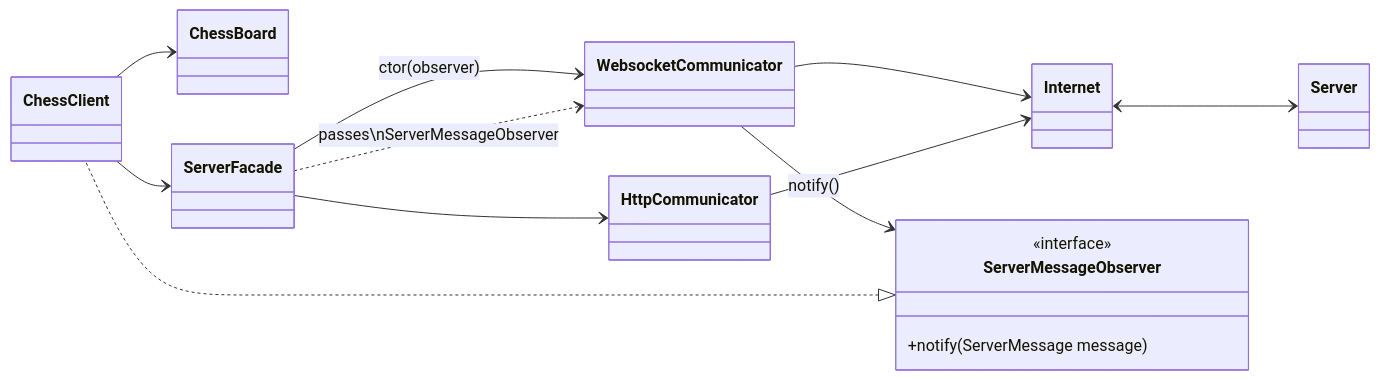
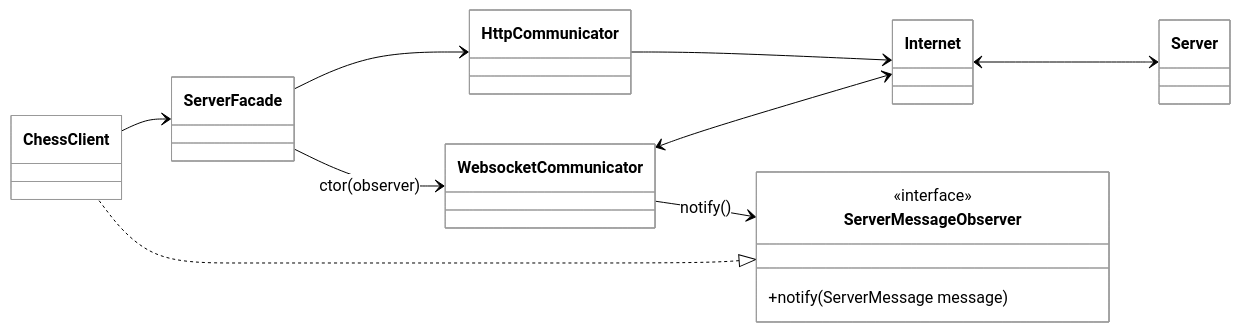
Before and after one commit to byucsstudent/cs240v2: the first of 4 diagrams in chess/6-gameplay/gameplay.md, drawn with Mermaid.

Commit message:
Lee Jensen - update(☑ Phase 6: Chess Gameplay)

````diff
--- a/chess/6-gameplay/gameplay.md
+++ b/chess/6-gameplay/gameplay.md
@@ -12,34 +12,33 @@
 ```mermaid
+%%{init: { 'theme': 'neutral', 'themeVariables': { 'mainBkg': '#ffffff', 'lineColor': '#000000', 'primaryTextColor': '#000000', 'actorBorder': '#000000', 'participantBorder': '#000000', 'noteBorderColor': '#000000' } }}%%
+
 classDiagram
 
     direction LR
     class ChessClient
-    class ChessBoard
     class ServerFacade
     class WebsocketCommunicator
     class HttpCommunicator
     class Internet
     class Server
 
     ServerFacade --> HttpCommunicator
+    HttpCommunicator --> Internet
+
     ChessClient --> ServerFacade
-    ChessClient --> ChessBoard
 
     ServerFacade --> WebsocketCommunicator : ctor(observer)
 
     class ServerMessageObserver {
         <<interface>>
         +notify(ServerMessage message)
     }
 
     ServerMessageObserver <|.. ChessClient
 
 
-    ServerFacade ..> WebsocketCommunicator : passes\nServerMessageObserver
-
     WebsocketCommunicator --> ServerMessageObserver : notify()
 
-    WebsocketCommunicator --> Internet
-    HttpCommunicator --> Internet
+    WebsocketCommunicator <--> Internet
     Internet <--> Server
 ```
````
